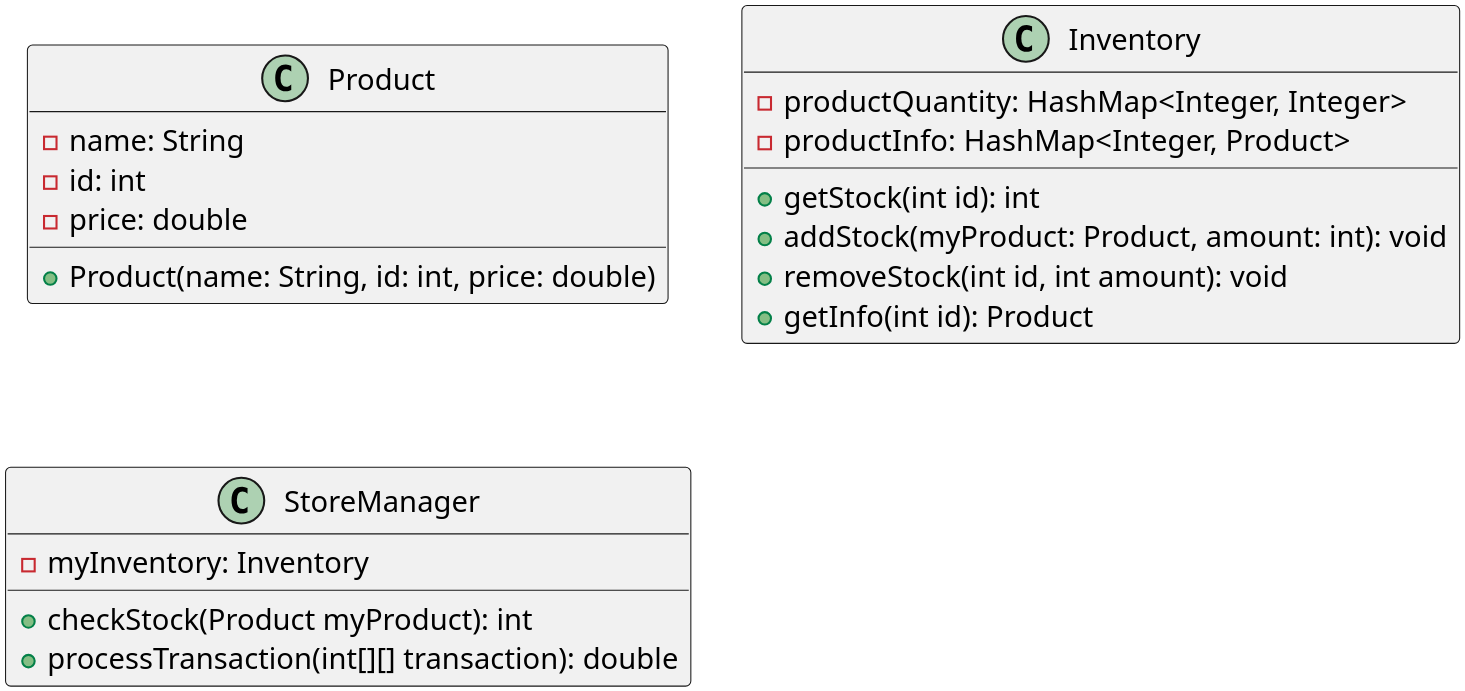
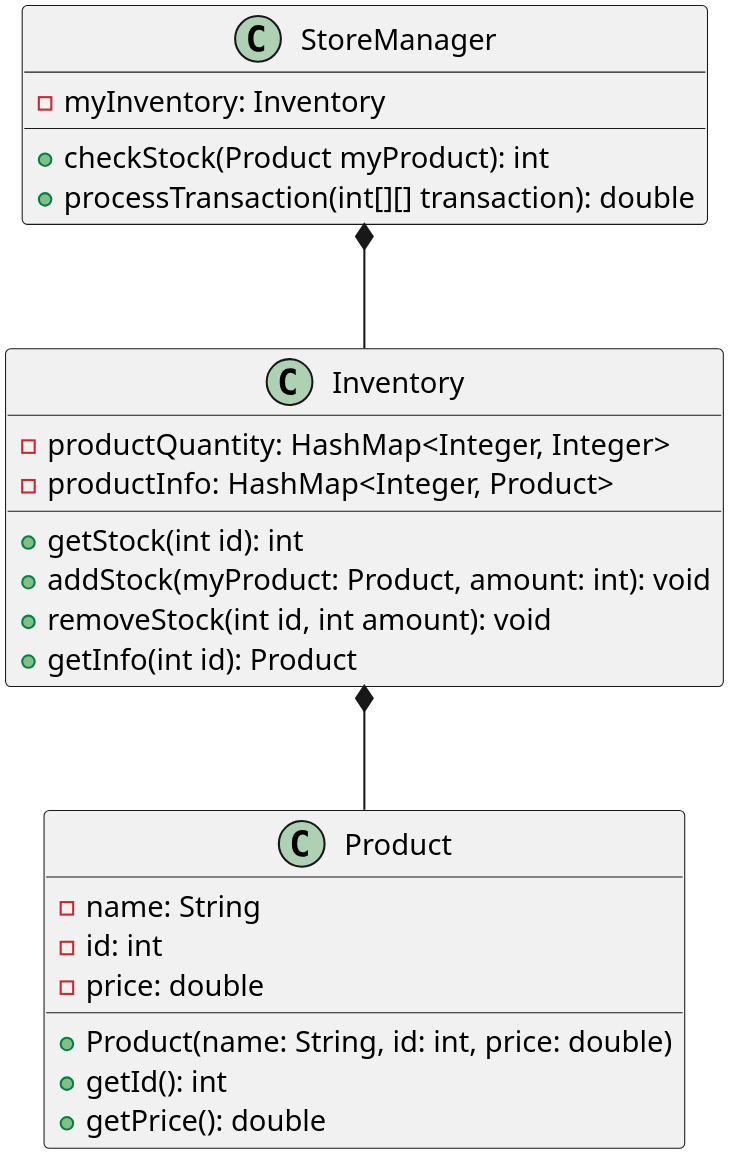
One commit to ASpaceFrog/E-Commerce-App changed the diagram in UML.puml. Above: the diagram before and after it, drawn with PlantUML.

Commit message:
fix uml (again)

```diff
--- a/UML.puml
+++ b/UML.puml
@@ -1,30 +1,34 @@
 @startuml
 'https://plantuml.com/class-diagram
 scale 5
+Inventory *-- Product
+StoreManager *-- Inventory
 
 class Product {
     -name: String
     -id: int
     -price: double
 
     +Product(name: String, id: int, price: double)
+    +getId(): int
+    +getPrice(): double
 }
 
 class Inventory {
     -productQuantity: HashMap<Integer, Integer>
     -productInfo: HashMap<Integer, Product>
 
     +getStock(int id): int
     +addStock(myProduct: Product, amount: int): void
     +removeStock(int id, int amount): void
     +getInfo(int id): Product
 }
 
 class StoreManager{
     -myInventory: Inventory
 
     +checkStock(Product myProduct): int
     +processTransaction(int[][] transaction): double
 }
 
 @enduml
```
